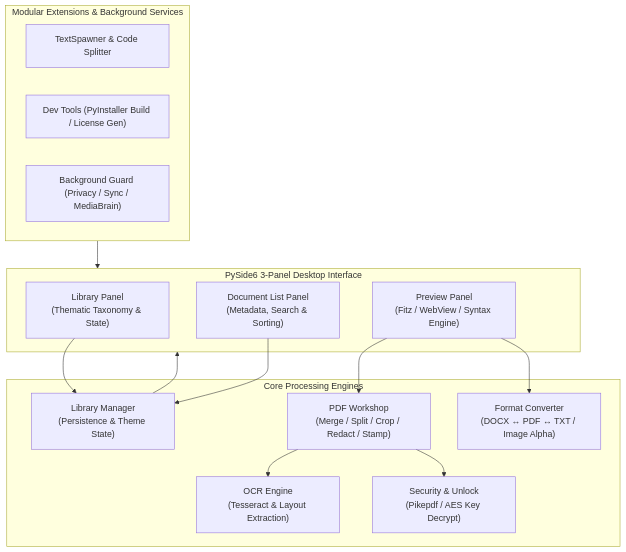
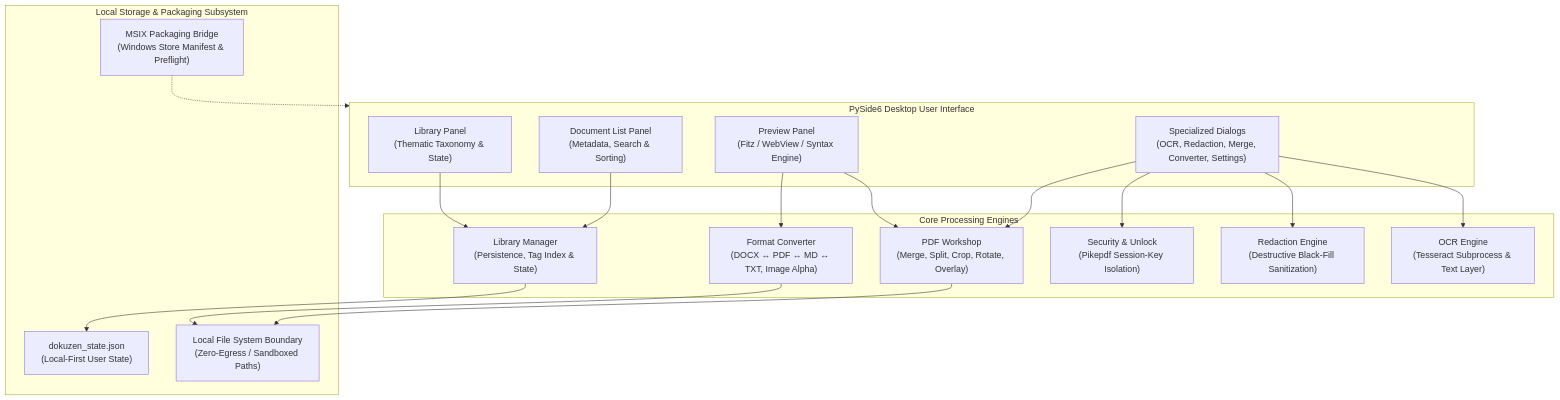
One commit to doc-bricks/DokuZen changed the first of 2 diagrams in README.md. Above: the diagram before and after it, drawn with Mermaid. The commit also changed other lines of this file and 6 other files, not shown here.

Commit message:
docs(design): discoverability, visual showcase, mermaid architecture & security policy hardening

````diff
--- a/README.md
+++ b/README.md
@@ -30,31 +56,37 @@
 ```mermaid
-graph TD
-    subgraph UI ["PySide6 3-Panel Desktop Interface"]
+flowchart TD
+    subgraph UI ["PySide6 Desktop User Interface"]
         LP["Library Panel<br/>(Thematic Taxonomy & State)"]
         DP["Document List Panel<br/>(Metadata, Search & Sorting)"]
         PP["Preview Panel<br/>(Fitz / WebView / Syntax Engine)"]
+        DLG["Specialized Dialogs<br/>(OCR, Redaction, Merge, Converter, Settings)"]
     end
 
     subgraph Core ["Core Processing Engines"]
-        LIB["Library Manager<br/>(Persistence & Theme State)"]
-        PDF["PDF Workshop<br/>(Merge / Split / Crop / Redact / Stamp)"]
-        OCR["OCR Engine<br/>(Tesseract & Layout Extraction)"]
-        CVT["Format Converter<br/>(DOCX ↔ PDF ↔ TXT / Image Alpha)"]
-        SEC["Security & Unlock<br/>(Pikepdf / AES Key Decrypt)"]
+        LIB["Library Manager<br/>(Persistence, Tag Index & State)"]
+        PDF["PDF Workshop<br/>(Merge, Split, Crop, Rotate, Overlay)"]
+        OCR["OCR Engine<br/>(Tesseract Subprocess & Text Layer)"]
+        CVT["Format Converter<br/>(DOCX ↔ PDF ↔ MD ↔ TXT, Image Alpha)"]
+        SEC["Security & Unlock<br/>(Pikepdf Session-Key Isolation)"]
+        RED["Redaction Engine<br/>(Destructive Black-Fill Sanitization)"]
     end
 
-    subgraph Plugins ["Modular Extensions & Background Services"]
-        SPW["TextSpawner & Code Splitter"]
-        DEV["Dev Tools (PyInstaller Build / License Gen)"]
-        BG["Background Guard (Privacy / Sync / MediaBrain)"]
+    subgraph Storage ["Local Storage & Packaging Subsystem"]
+        STATE["dokuzen_state.json<br/>(Local-First User State)"]
+        FS["Local File System Boundary<br/>(Zero-Egress / Sandboxed Paths)"]
+        MSIX["MSIX Packaging Bridge<br/>(Windows Store Manifest & Preflight)"]
     end
 
     LP --> LIB
     DP --> LIB
     PP --> PDF
     PP --> CVT
-    PDF --> OCR
-    PDF --> SEC
-    LIB --> UI
-    Plugins --> UI
+    DLG --> OCR
+    DLG --> RED
+    DLG --> SEC
+    DLG --> PDF
+    PDF --> FS
+    CVT --> FS
+    LIB --> STATE
+    MSIX -.-> UI
 ```
````
